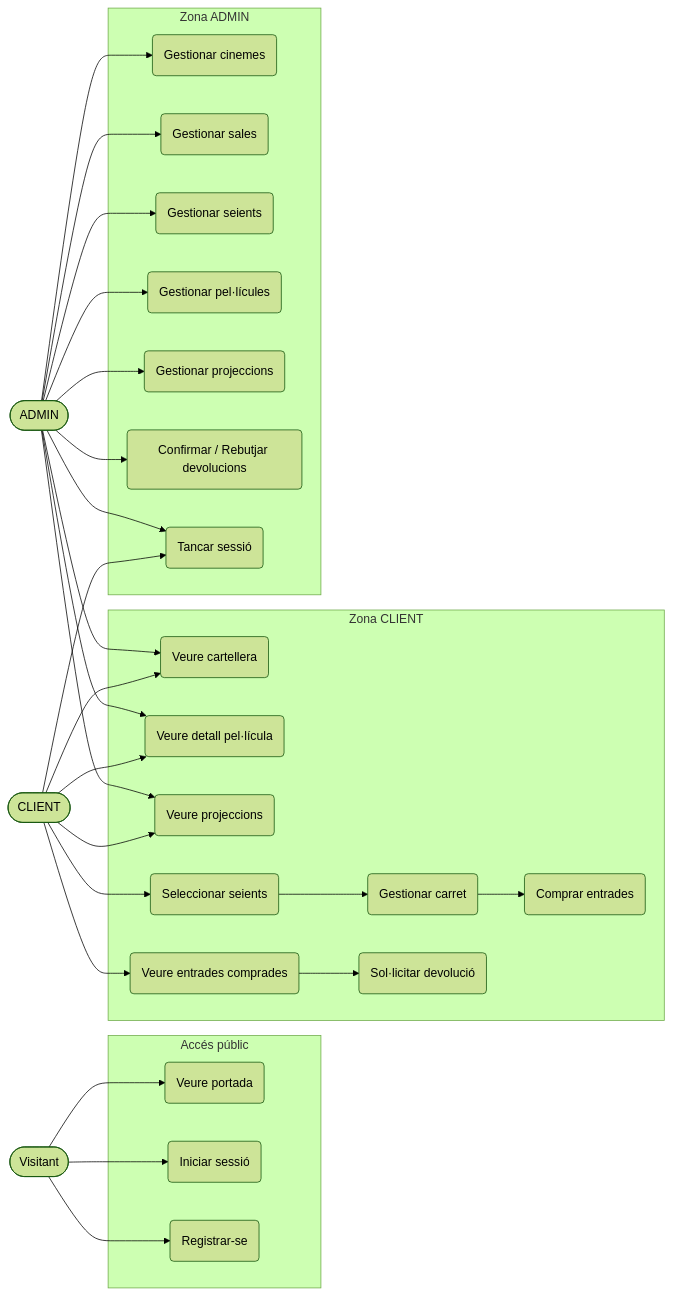
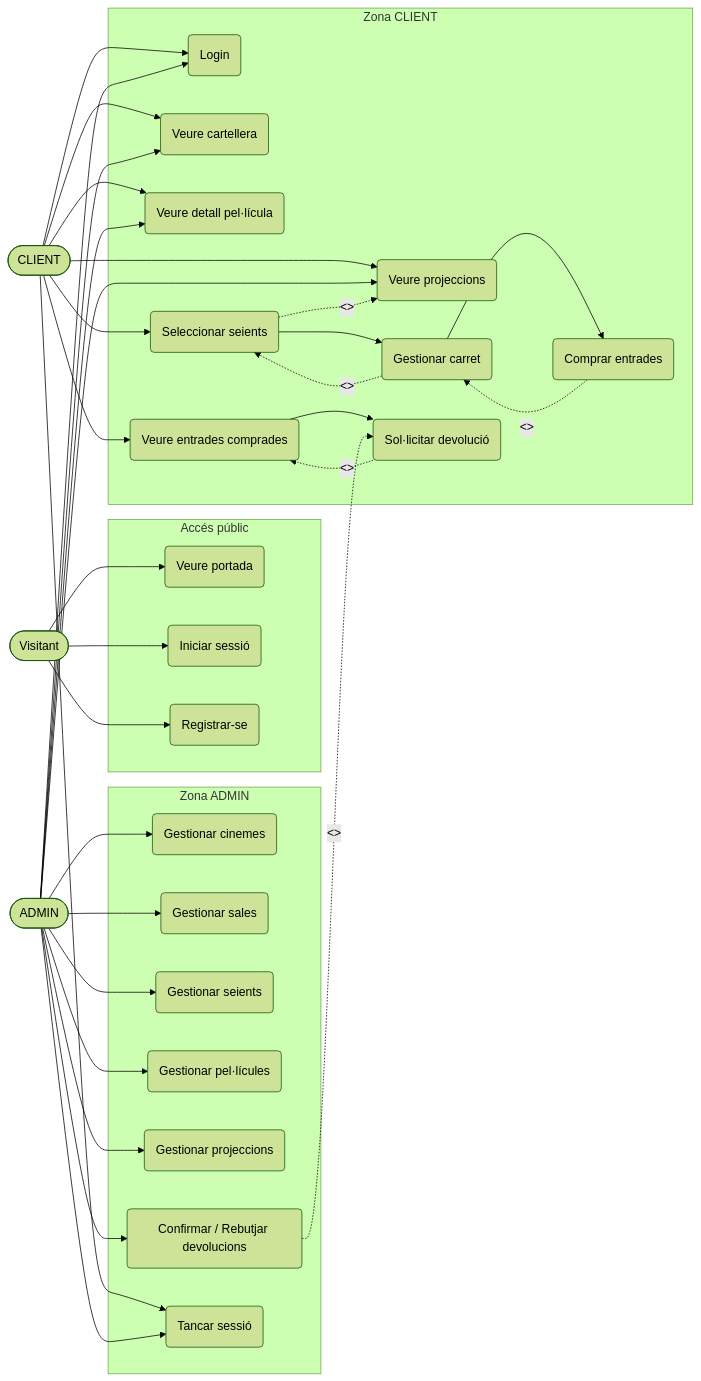
One commit to ins-vib/projecte-cinema-bigo983 changed the first of 2 diagrams in README.md. Above: the diagram before and after it, drawn with Mermaid (forest theme). The commit also changed other lines of this file, not shown here.

````diff
--- a/README.md
+++ b/README.md
@@ -208,45 +73,52 @@
 ```mermaid
 flowchart LR
     VISITANT(["Visitant"])
     CLIENT(["CLIENT"])
     ADMIN(["ADMIN"])
 
     subgraph pub ["Accés públic"]
         UC1("Veure portada")
         UC2("Iniciar sessió")
         UC3("Registrar-se")
     end
 
     subgraph cli ["Zona CLIENT"]
+        UC0("Login")
         UC4("Veure cartellera")
         UC5("Veure detall pel·lícula")
         UC6("Veure projeccions")
         UC7("Seleccionar seients")
         UC8("Gestionar carret")
         UC9("Comprar entrades")
         UC10("Veure entrades comprades")
         UC11("Sol·licitar devolució")
     end
 
     subgraph adm ["Zona ADMIN"]
         UC12("Gestionar cinemes")
         UC13("Gestionar sales")
         UC14("Gestionar seients")
         UC15("Gestionar pel·lícules")
         UC16("Gestionar projeccions")
         UC17("Confirmar / Rebutjar devolucions")
         UC18("Tancar sessió")
     end
 
     VISITANT --> UC1 & UC2 & UC3
 
-    CLIENT --> UC4 & UC5 & UC6
+    CLIENT --> UC0 & UC4 & UC5 & UC6
     CLIENT --> UC7 --> UC8 --> UC9
     CLIENT --> UC10 --> UC11
     CLIENT --> UC18
 
-    ADMIN --> UC4 & UC5 & UC6
+    ADMIN --> UC0 & UC4 & UC5 & UC6
     ADMIN --> UC12 & UC13 & UC14 & UC15 & UC16
     ADMIN --> UC17
     ADMIN --> UC18
+
+    UC7 -. "<<include>>" .-> UC6
+    UC8 -. "<<include>>" .-> UC7
+    UC9 -. "<<include>>" .-> UC8
+    UC11 -. "<<include>>" .-> UC10
+    UC17 -. "<<extend>>" .-> UC11
 ```
````
